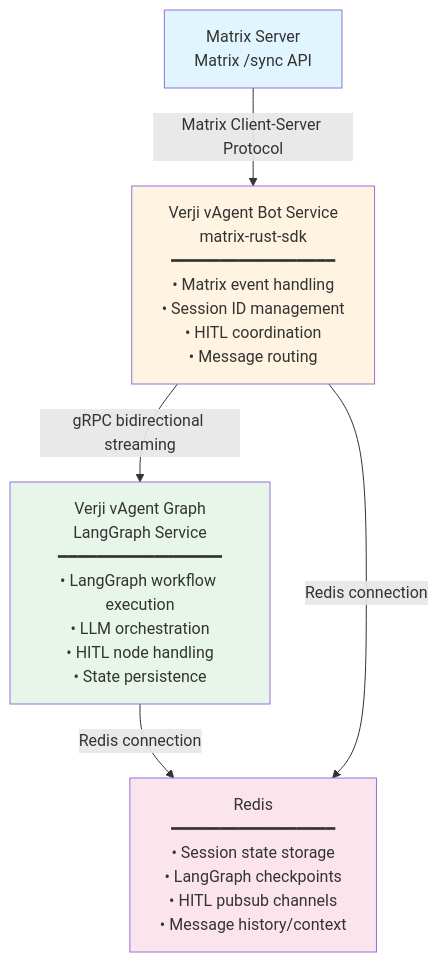
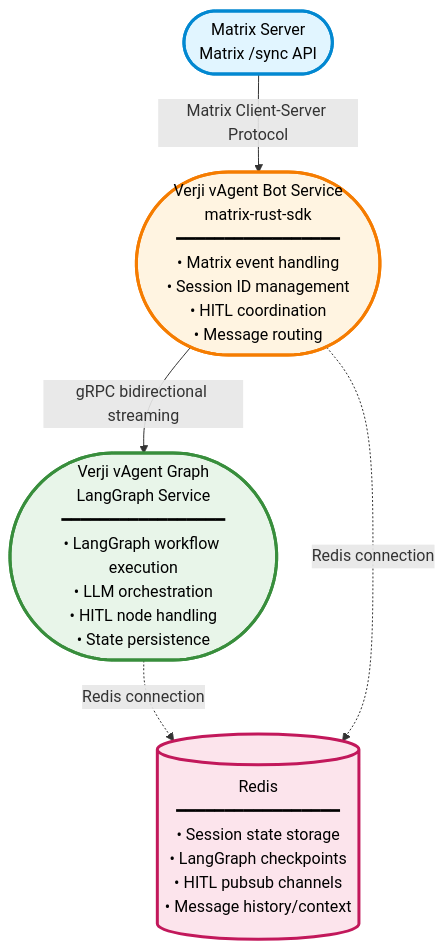
One commit to verji/verji-ai-agent changed the first of 3 diagrams in ARCHITECTURE.md. Above: the diagram before and after it, drawn with Mermaid. The commit also changed other lines of this file, not shown here.

First line of the commit message:
Enhance Mermaid diagrams with colors, rounded edges, and icons

````diff
--- a/ARCHITECTURE.md
+++ b/ARCHITECTURE.md
@@ -16,20 +16,17 @@
 ```mermaid
 graph TD
-    A[Matrix Server<br/>Matrix /sync API] -->|Matrix Client-Server Protocol| B
+    A([Matrix Server<br/>Matrix /sync API])
+    B([Verji vAgent Bot Service<br/>matrix-rust-sdk<br/>━━━━━━━━━━━━━━━━━<br/>• Matrix event handling<br/>• Session ID management<br/>• HITL coordination<br/>• Message routing])
+    C([Verji vAgent Graph<br/>LangGraph Service<br/>━━━━━━━━━━━━━━━━━<br/>• LangGraph workflow execution<br/>• LLM orchestration<br/>• HITL node handling<br/>• State persistence])
+    D[(Redis<br/>━━━━━━━━━━━━━━━━━<br/>• Session state storage<br/>• LangGraph checkpoints<br/>• HITL pubsub channels<br/>• Message history/context)]
 
-    B[Verji vAgent Bot Service<br/>matrix-rust-sdk<br/>━━━━━━━━━━━━━━━━━<br/>• Matrix event handling<br/>• Session ID management<br/>• HITL coordination<br/>• Message routing]
+    A -->|Matrix Client-Server Protocol| B
+    B -->|gRPC bidirectional streaming| C
+    C -.->|Redis connection| D
+    B -.->|Redis connection| D
 
-    B -->|gRPC bidirectional streaming| C
-
-    C[Verji vAgent Graph<br/>LangGraph Service<br/>━━━━━━━━━━━━━━━━━<br/>• LangGraph workflow execution<br/>• LLM orchestration<br/>• HITL node handling<br/>• State persistence]
-
-    C -->|Redis connection| D
-    B -->|Redis connection| D
-
-    D[Redis<br/>━━━━━━━━━━━━━━━━━<br/>• Session state storage<br/>• LangGraph checkpoints<br/>• HITL pubsub channels<br/>• Message history/context]
-
-    style A fill:#e1f5ff
-    style B fill:#fff4e1
-    style C fill:#e8f5e9
-    style D fill:#fce4ec
+    style A fill:#e1f5ff,stroke:#0288d1,stroke-width:3px,color:#000
+    style B fill:#fff4e1,stroke:#f57c00,stroke-width:3px,color:#000
+    style C fill:#e8f5e9,stroke:#388e3c,stroke-width:3px,color:#000
+    style D fill:#fce4ec,stroke:#c2185b,stroke-width:3px,color:#000
 ```
````
